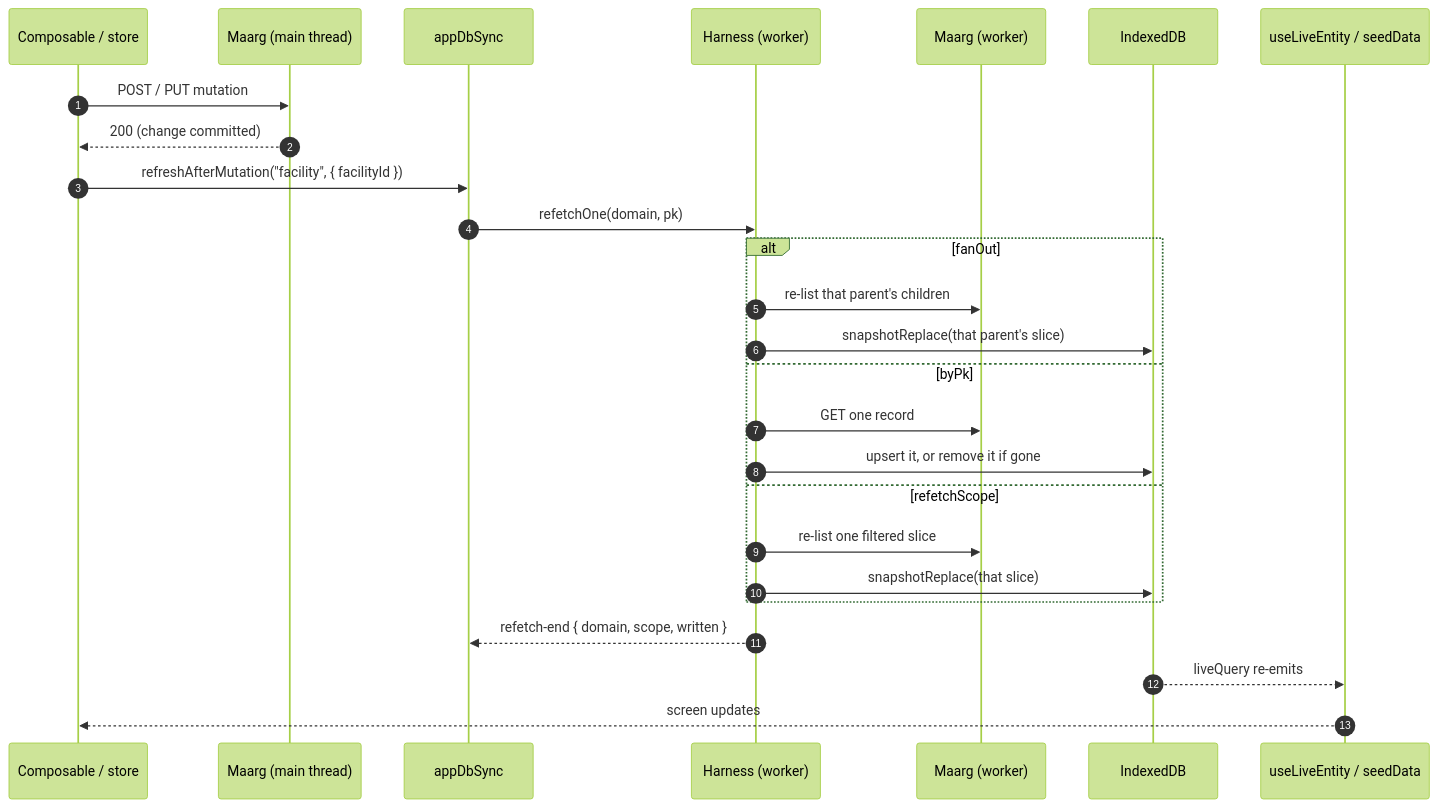
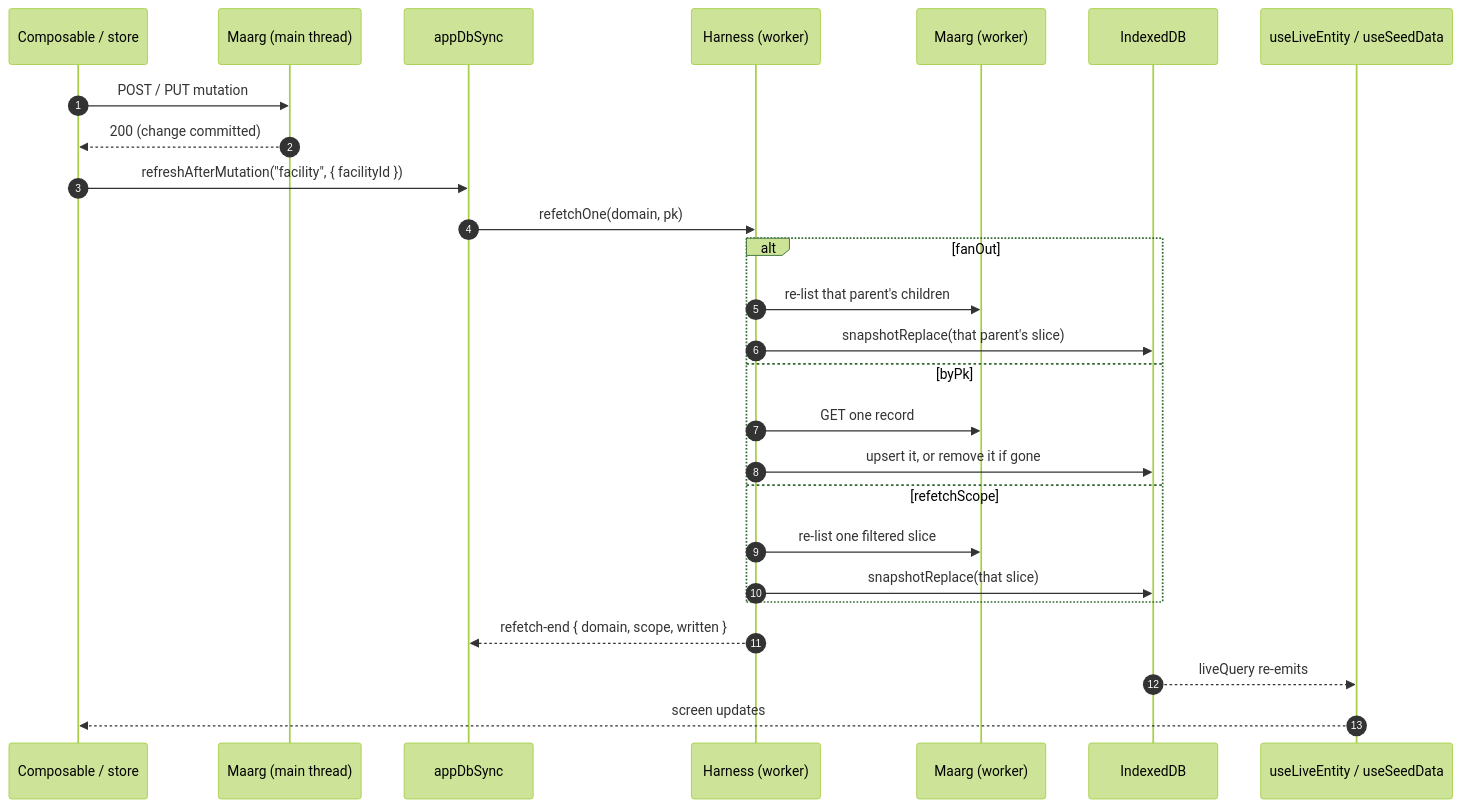
One commit to hotwax/accxui changed the seventh of 9 diagrams in docs/APP_DB_SYNC_FLOWS.md. Above: the diagram before and after it, drawn with Mermaid (forest theme). The commit also changed other lines of this file and 12 other files, not shown here.

````diff
--- a/docs/APP_DB_SYNC_FLOWS.md
+++ b/docs/APP_DB_SYNC_FLOWS.md
@@ -220,29 +221,29 @@
 ```mermaid
 sequenceDiagram
     autonumber
     participant V as Composable / store
     participant API as Maarg (main thread)
     participant SAS as appDbSync
     participant H as Harness (worker)
     participant WAPI as Maarg (worker)
     participant DB as IndexedDB
-    participant L as useLiveEntity / seedData
+    participant L as useLiveEntity / useSeedData
 
     V->>API: POST / PUT mutation
     API-->>V: 200 (change committed)
     V->>SAS: refreshAfterMutation("facility", { facilityId })
     SAS->>H: refetchOne(domain, pk)
     alt fanOut
         H->>WAPI: re-list that parent's children
         H->>DB: snapshotReplace(that parent's slice)
     else byPk
         H->>WAPI: GET one record
         H->>DB: upsert it, or remove it if gone
     else refetchScope
         H->>WAPI: re-list one filtered slice
         H->>DB: snapshotReplace(that slice)
     end
     H-->>SAS: refetch-end { domain, scope, written }
     DB-->>L: liveQuery re-emits
     L-->>V: screen updates
 ```
````
